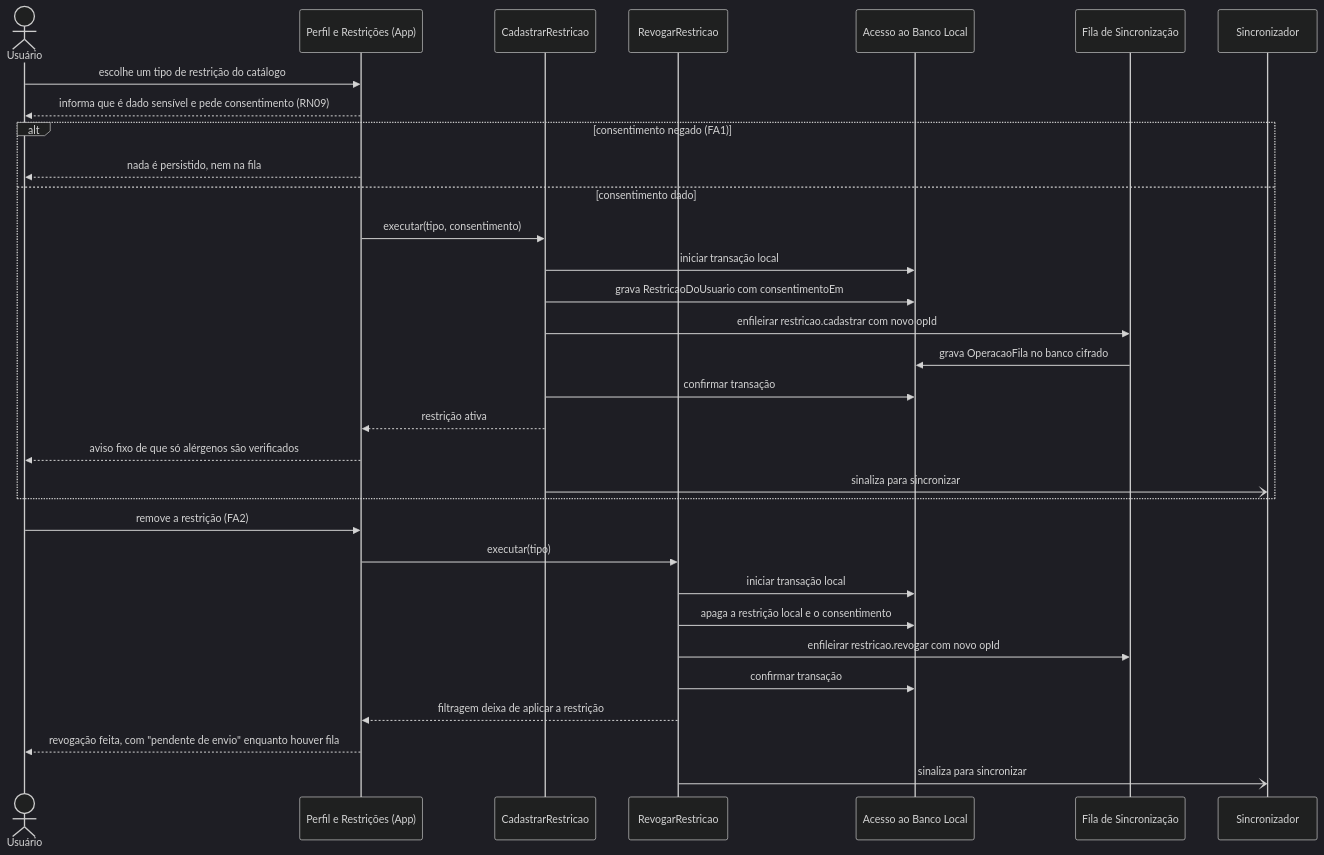
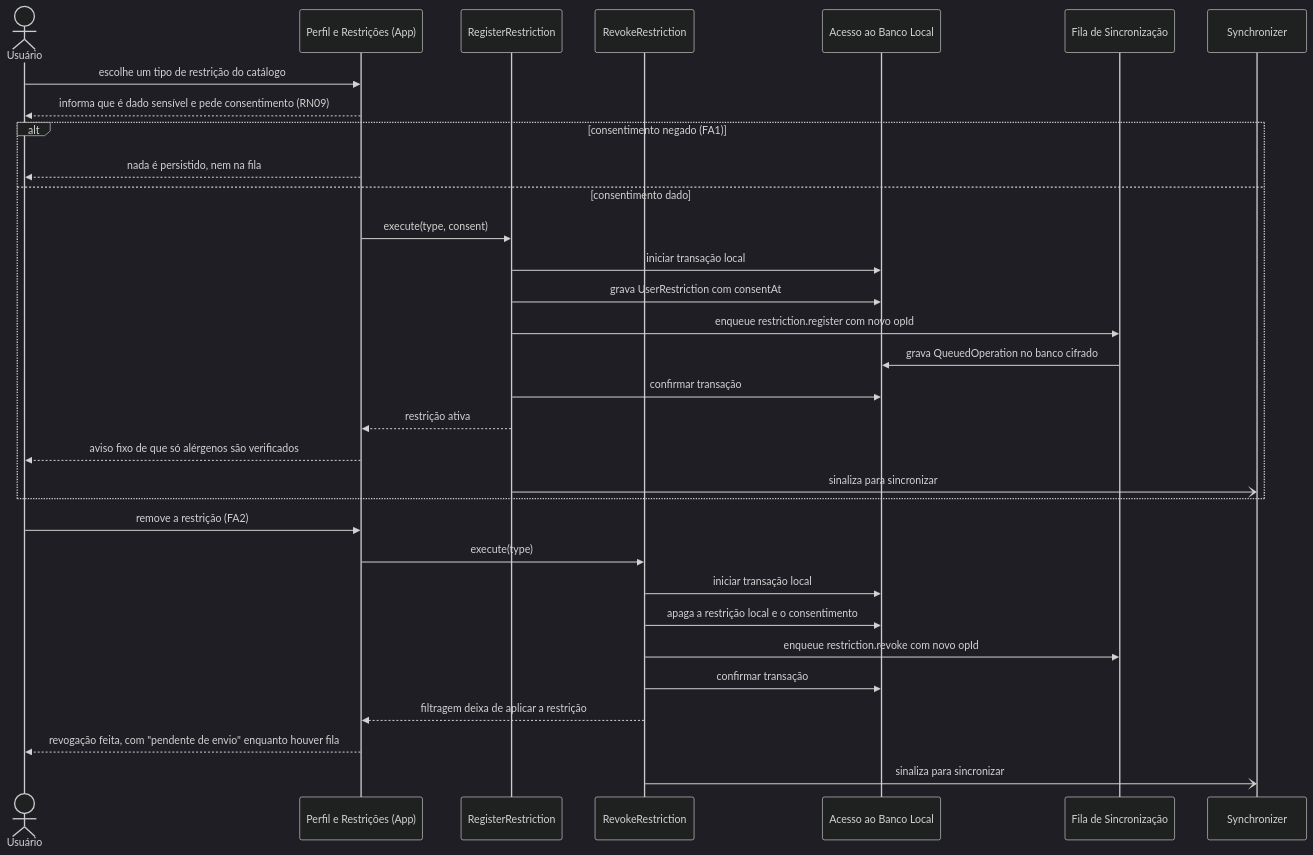
The first of 2 diagrams in docs/fase2/2.6-diagramas_fluxos_contratos/sequencia-uc08.md (AnnyFilgueiras/projeto_tsi), drawn with Mermaid (dark theme) before and after one commit. The commit also changed other lines of this file and 4 other files, not shown here.

Commit message:
docs: update class diagram and sequences to v1.1 (English identifiers, Tx)

````diff
--- a/docs/fase2/2.6-diagramas_fluxos_contratos/sequencia-uc08.md
+++ b/docs/fase2/2.6-diagramas_fluxos_contratos/sequencia-uc08.md
@@ -10,36 +11,36 @@
 ```mermaid
 sequenceDiagram
   actor U as Usuário
   participant PR as Perfil e Restrições (App)
-  participant CR as CadastrarRestricao
-  participant RV as RevogarRestricao
+  participant CR as RegisterRestriction
+  participant RV as RevokeRestriction
   participant BL as Acesso ao Banco Local
   participant FI as Fila de Sincronização
-  participant SY as Sincronizador
+  participant SY as Synchronizer
 
   U->>PR: escolhe um tipo de restrição do catálogo
   PR-->>U: informa que é dado sensível e pede consentimento (RN09)
   alt consentimento negado (FA1)
     PR-->>U: nada é persistido, nem na fila
   else consentimento dado
-    PR->>CR: executar(tipo, consentimento)
+    PR->>CR: execute(type, consent)
     CR->>BL: iniciar transação local
-    CR->>BL: grava RestricaoDoUsuario com consentimentoEm
-    CR->>FI: enfileirar restricao.cadastrar com novo opId
-    FI->>BL: grava OperacaoFila no banco cifrado
+    CR->>BL: grava UserRestriction com consentAt
+    CR->>FI: enqueue restriction.register com novo opId
+    FI->>BL: grava QueuedOperation no banco cifrado
     CR->>BL: confirmar transação
     CR-->>PR: restrição ativa
     PR-->>U: aviso fixo de que só alérgenos são verificados
     CR-)SY: sinaliza para sincronizar
   end
 
   U->>PR: remove a restrição (FA2)
-  PR->>RV: executar(tipo)
+  PR->>RV: execute(type)
   RV->>BL: iniciar transação local
   RV->>BL: apaga a restrição local e o consentimento
-  RV->>FI: enfileirar restricao.revogar com novo opId
+  RV->>FI: enqueue restriction.revoke com novo opId
   RV->>BL: confirmar transação
   RV-->>PR: filtragem deixa de aplicar a restrição
   PR-->>U: revogação feita, com "pendente de envio" enquanto houver fila
   RV-)SY: sinaliza para sincronizar
 ```
````
